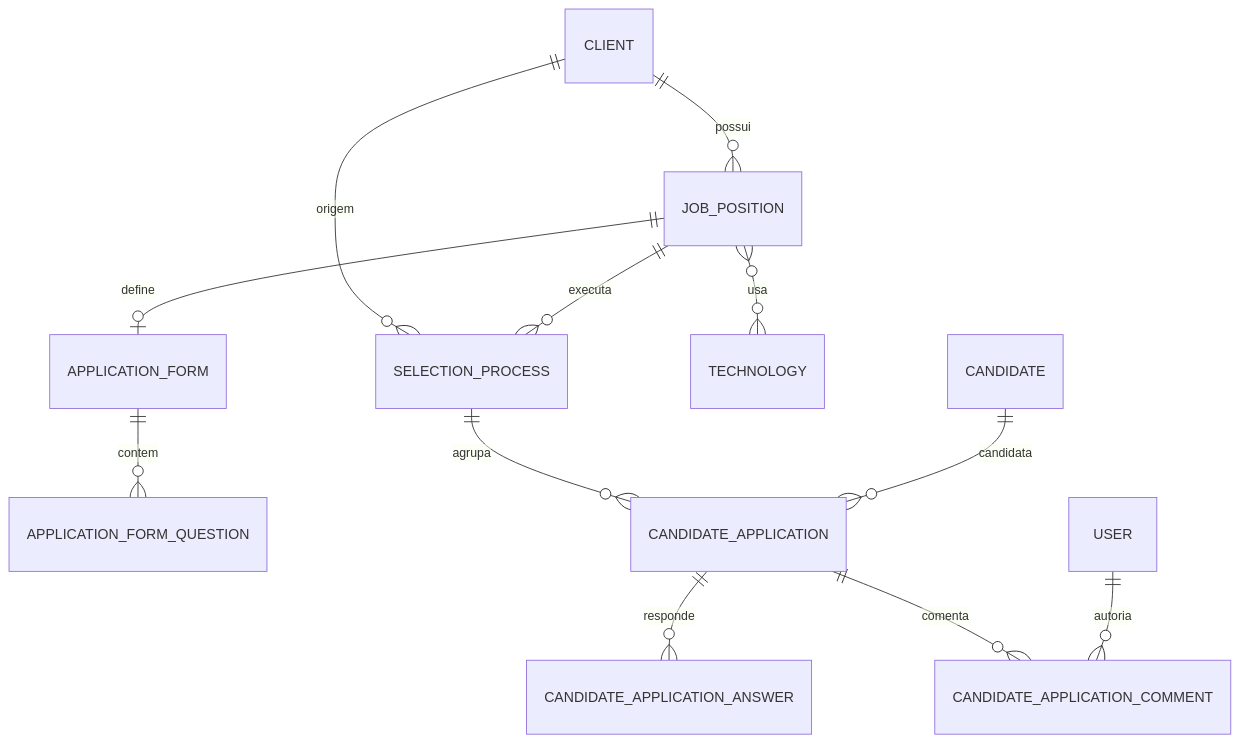
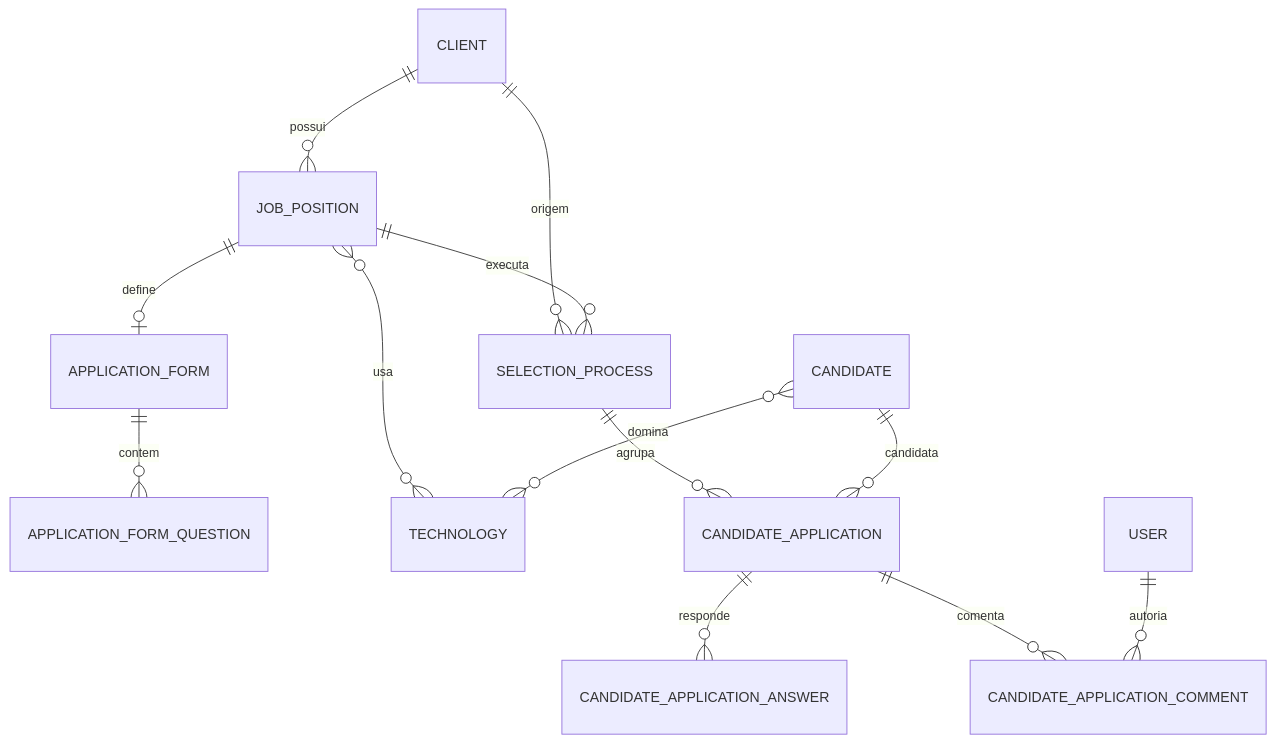
The diagram in docs/arquitetura.md (DiegoCardosoDev/ats-consult-api-prod), drawn with Mermaid before and after one commit. The commit also changed other lines of this file and 90 other files, not shown here.

````diff
--- a/docs/arquitetura.md
+++ b/docs/arquitetura.md
@@ -141,14 +141,15 @@
 ```mermaid
 erDiagram
     CLIENT ||--o{ JOB_POSITION : possui
     CLIENT ||--o{ SELECTION_PROCESS : origem
     JOB_POSITION ||--o{ SELECTION_PROCESS : executa
     JOB_POSITION ||--o| APPLICATION_FORM : define
     APPLICATION_FORM ||--o{ APPLICATION_FORM_QUESTION : contem
     JOB_POSITION }o--o{ TECHNOLOGY : usa
+    CANDIDATE }o--o{ TECHNOLOGY : domina
     SELECTION_PROCESS ||--o{ CANDIDATE_APPLICATION : agrupa
     CANDIDATE ||--o{ CANDIDATE_APPLICATION : candidata
     CANDIDATE_APPLICATION ||--o{ CANDIDATE_APPLICATION_ANSWER : responde
     CANDIDATE_APPLICATION ||--o{ CANDIDATE_APPLICATION_COMMENT : comenta
     USER ||--o{ CANDIDATE_APPLICATION_COMMENT : autoria
 ```
````
